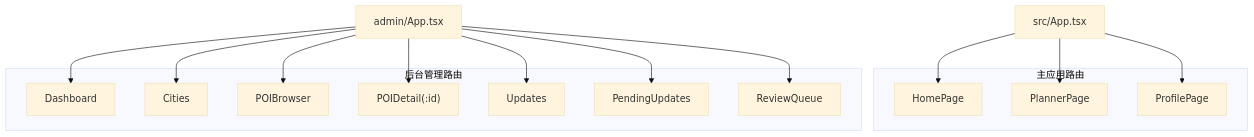
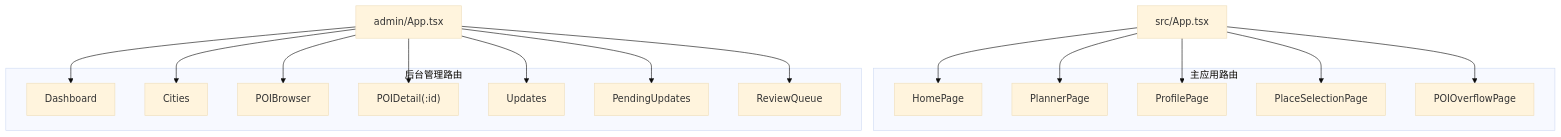
The second of 8 diagrams in .qoder/repowiki/zh/content/前端架构/路由与导航.md (ititjjy/AITrip-plan), drawn with Mermaid (base theme) before and after one commit. The commit also changed other lines of this file and 144 other files, not shown here.

````diff
--- a/.qoder/repowiki/zh/content/前端架构/路由与导航.md
+++ b/.qoder/repowiki/zh/content/前端架构/路由与导航.md
@@ -83,27 +103,31 @@
 ```mermaid
 graph TB
 subgraph "主应用路由"
 H["HomePage"]
 P["PlannerPage"]
 PR["ProfilePage"]
+PS["PlaceSelectionPage"]
+PO["POIOverflowPage"]
 end
 subgraph "后台管理路由"
 D["Dashboard"]
 C["Cities"]
 B["POIBrowser"]
 PD["POIDetail(:id)"]
 U["Updates"]
 PU["PendingUpdates"]
 RQ["ReviewQueue"]
 end
 SRC_APP["src/App.tsx"] --> H
 SRC_APP --> P
 SRC_APP --> PR
+SRC_APP --> PS
+SRC_APP --> PO
 ADMIN_APP["admin/App.tsx"] --> D
 ADMIN_APP --> C
 ADMIN_APP --> B
 ADMIN_APP --> PD
 ADMIN_APP --> U
 ADMIN_APP --> PU
 ADMIN_APP --> RQ
 ```
````
